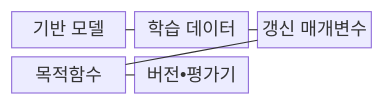
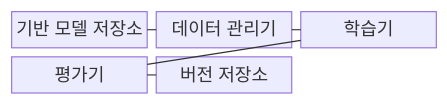
Before and after one commit to agnusdei1207/knowledge-base: the first of 2 diagrams in src/content/docs/notes/08-latest-tech/059_fine_tuning.md, drawn with Mermaid. The commit also changed other lines of this file and 20 other files, not shown here.

````diff
--- a/src/content/docs/notes/08-latest-tech/059_fine_tuning.md
+++ b/src/content/docs/notes/08-latest-tech/059_fine_tuning.md
@@ -67,13 +67,13 @@
 ```mermaid
 block-beta
   columns 3
-  base["기반 모델"]
-  data["학습 데이터"]
-  parameter["갱신 매개변수"]
-  objective["목적함수"]
-  version["버전•평가기"]
+  base["기반 모델 저장소"]
+  data["데이터 관리기"]
+  parameter["학습기"]
+  objective["평가기"]
+  version["버전 저장소"]
   base --- data
   data --- parameter
   parameter --- objective
   objective --- version
 ```
````
